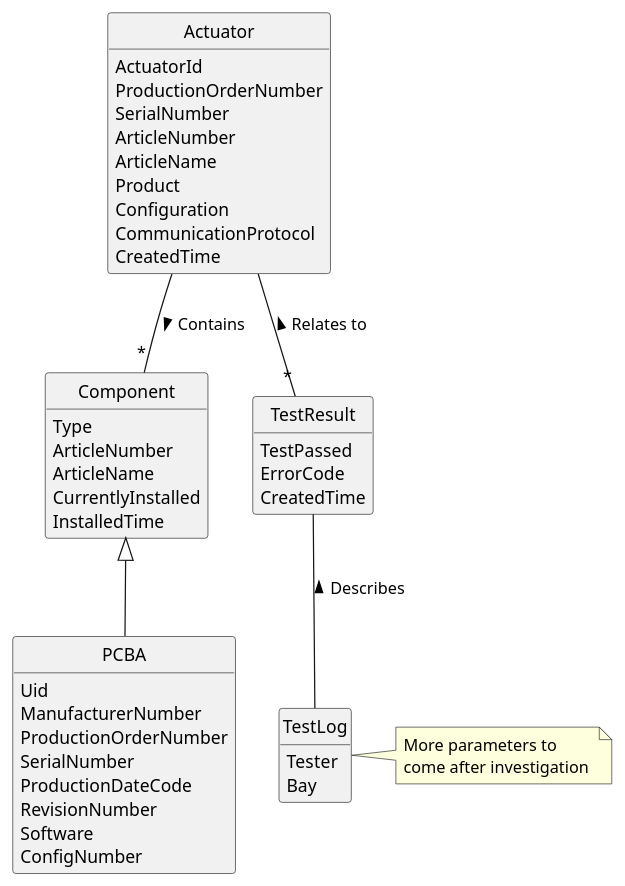
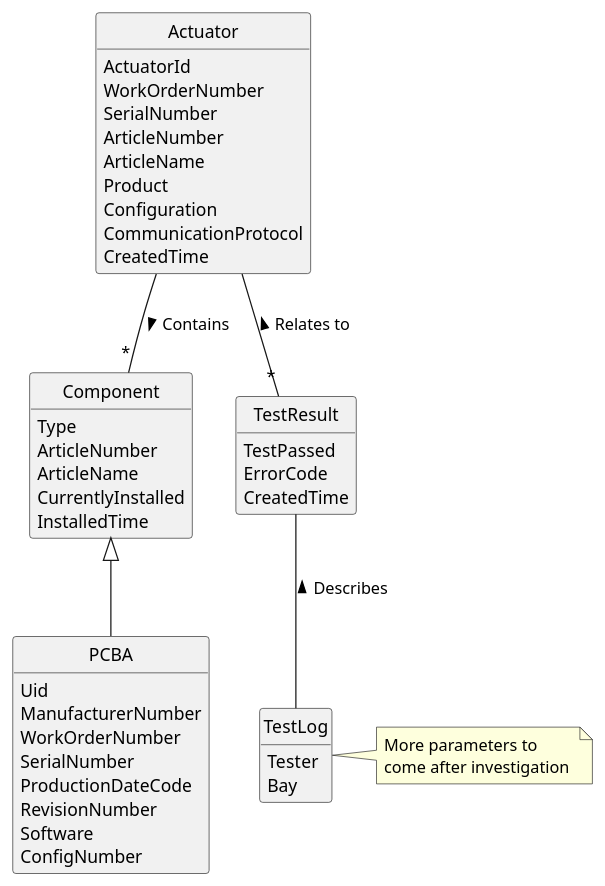
One commit to BastianVIA/BPR changed the diagram in Docs/DomainModel.puml. Above: the diagram before and after it, drawn with PlantUML. The commit also changed 2 other files, not shown here.

```diff
--- a/Docs/DomainModel.puml
+++ b/Docs/DomainModel.puml
@@ -1,58 +1,58 @@
 @startuml
 class Actuator {
     ActuatorId
-    ProductionOrderNumber
+    WorkOrderNumber
     SerialNumber
     ArticleNumber
     ArticleName
     Product
     Configuration
     CommunicationProtocol
     CreatedTime
 }
 
 class Component{
    Type
    ArticleNumber
    ArticleName
    CurrentlyInstalled
    InstalledTime
 }
 
 class PCBA {
     Uid
     ManufacturerNumber
-    ProductionOrderNumber
+    WorkOrderNumber
     SerialNumber
     ProductionDateCode
     RevisionNumber
     Software
     ConfigNumber
 }
 
 class TestResult {
     TestPassed
     ErrorCode
     CreatedTime
 }
 
 class TestLog {
     Tester
     Bay
 } 
 note right 
 More parameters to 
 come after investigation 
 end note
 
 
 Actuator --"*" Component : Contains >
 
 Actuator --"*" TestResult : Relates to <
 
 TestResult -- TestLog : Describes <
 Component <|-- PCBA
 
 hide circle
 hide methods
 @enduml
```
